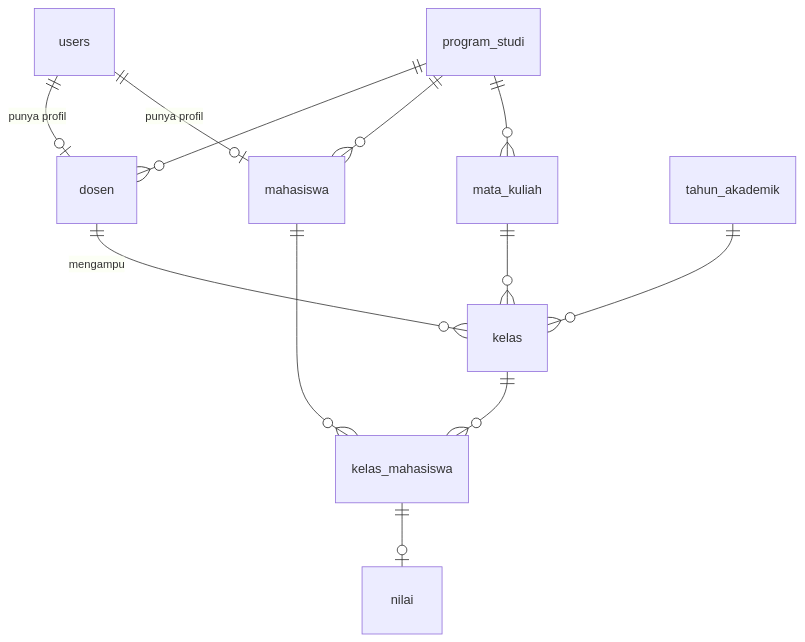
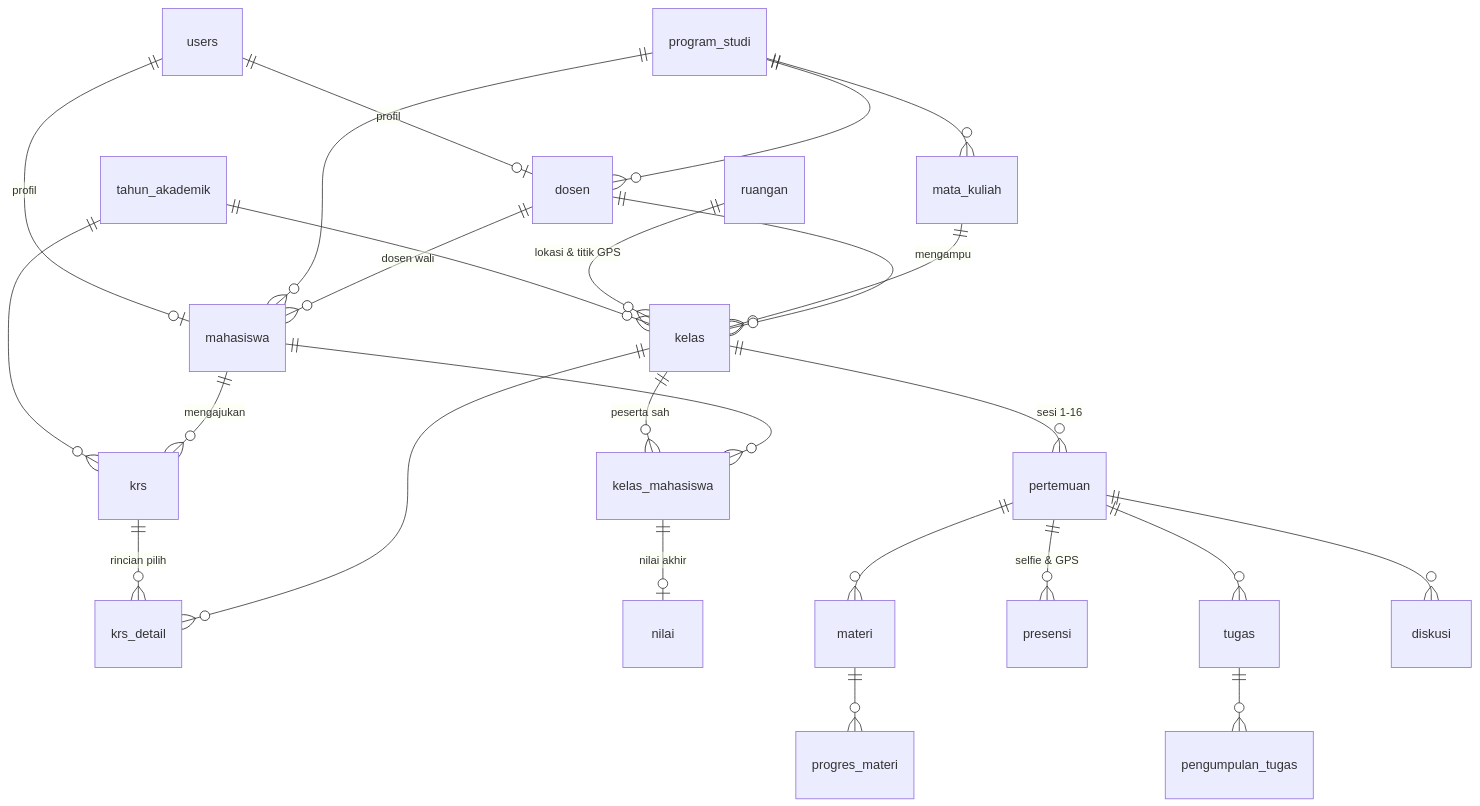
The diagram in 01-IMPLEMENTATION-PLAN.md (fittoardi/Sipema), drawn with Mermaid before and after one commit. The commit also changed other lines of this file, not shown here.

Commit message:
refactor: expand implementation plan to include e-learning, GPS geofencing attendance, and KRS online modules

````diff
--- a/01-IMPLEMENTATION-PLAN.md
+++ b/01-IMPLEMENTATION-PLAN.md
@@ -204,14 +222,27 @@
 ```mermaid
 erDiagram
-    users ||--o| dosen : "punya profil"
-    users ||--o| mahasiswa : "punya profil"
+    users ||--o| dosen : "profil"
+    users ||--o| mahasiswa : "profil"
     program_studi ||--o{ dosen : ""
     program_studi ||--o{ mahasiswa : ""
     program_studi ||--o{ mata_kuliah : ""
+    dosen ||--o{ mahasiswa : "dosen wali"
+    tahun_akademik ||--o{ kelas : ""
+    tahun_akademik ||--o{ krs : ""
+    ruangan ||--o{ kelas : "lokasi & titik GPS"
     mata_kuliah ||--o{ kelas : ""
     dosen ||--o{ kelas : "mengampu"
-    tahun_akademik ||--o{ kelas : ""
-    kelas ||--o{ kelas_mahasiswa : ""
+    mahasiswa ||--o{ krs : "mengajukan"
+    krs ||--o{ krs_detail : "rincian pilih"
+    kelas ||--o{ krs_detail : ""
+    kelas ||--o{ kelas_mahasiswa : "peserta sah"
     mahasiswa ||--o{ kelas_mahasiswa : ""
-    kelas_mahasiswa ||--o| nilai : ""
+    kelas_mahasiswa ||--o| nilai : "nilai akhir"
+    kelas ||--o{ pertemuan : "sesi 1-16"
+    pertemuan ||--o{ materi : ""
+    pertemuan ||--o{ presensi : "selfie & GPS"
+    pertemuan ||--o{ tugas : ""
+    pertemuan ||--o{ diskusi : ""
+    materi ||--o{ progres_materi : ""
+    tugas ||--o{ pengumpulan_tugas : ""
 ```
````
